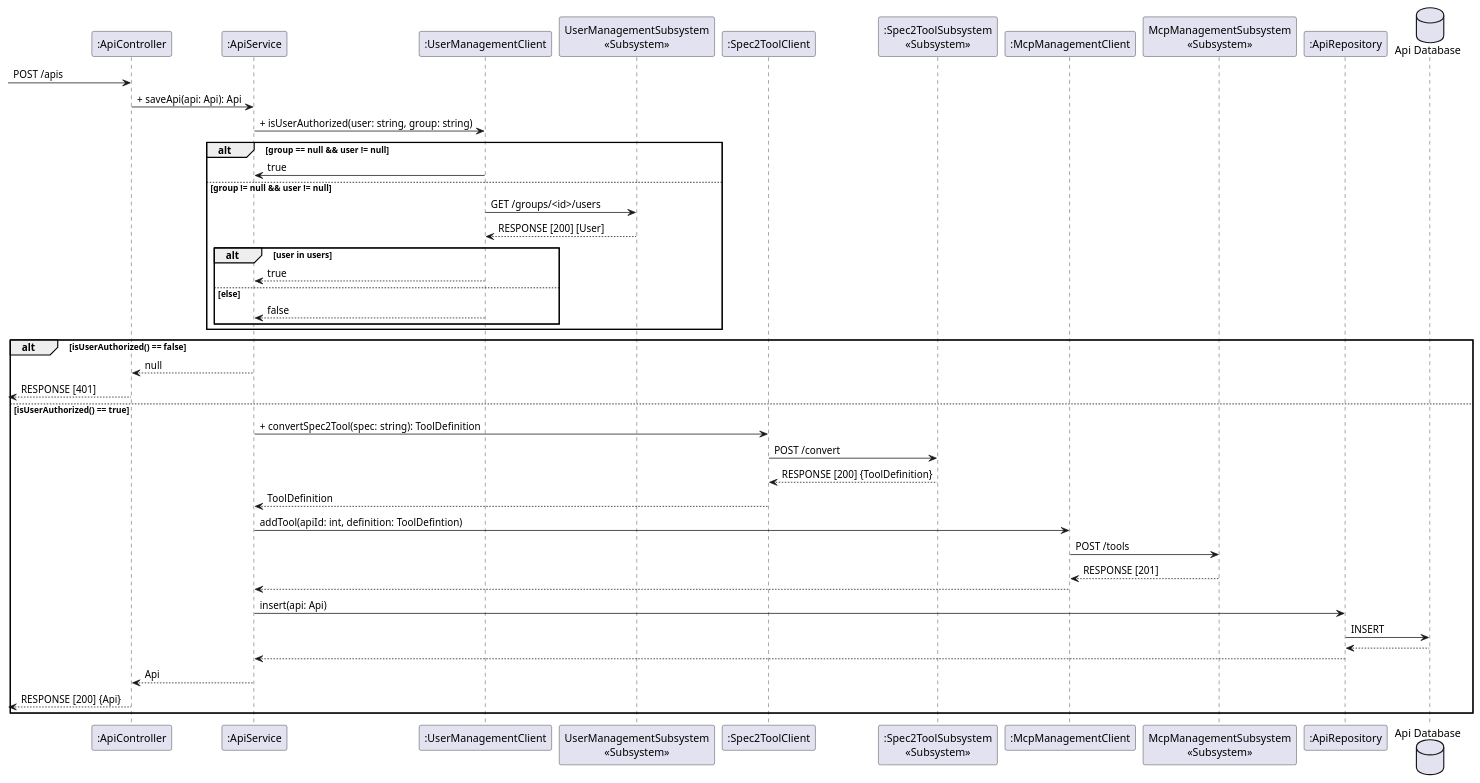
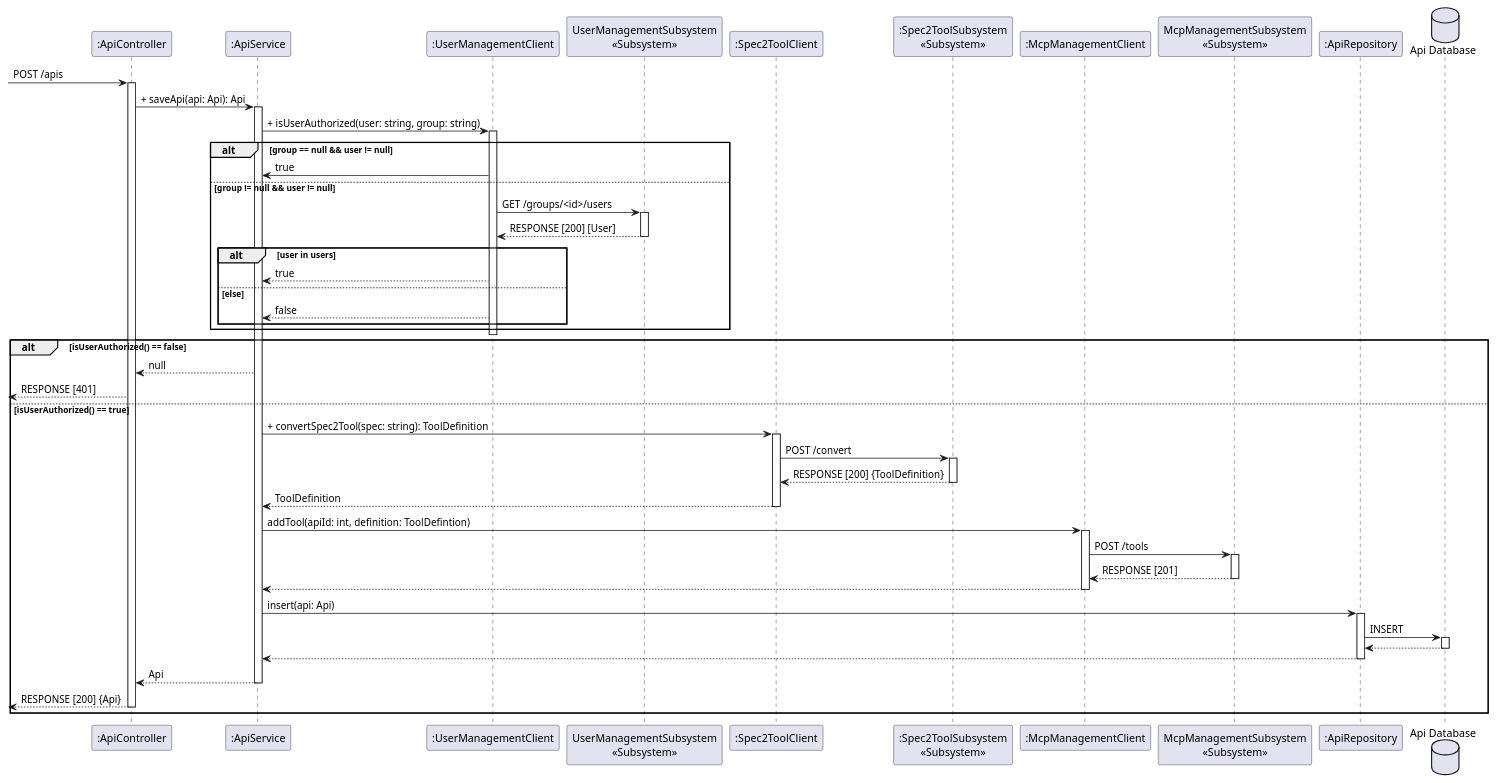
Before and after one commit to GroMoKoSo/GroMoKoSo-Meta: the diagram in docs/diagrams/runtime/api_management/api_post_api.puml, drawn with PlantUML. The commit also changed 1 other file, not shown here.

```diff
--- a/docs/diagrams/runtime/api_management/api_post_api.puml
+++ b/docs/diagrams/runtime/api_management/api_post_api.puml
@@ -1,51 +1,71 @@
 @startuml
 participant api_controller as ":ApiController"
 participant api_service as ":ApiService"
 participant user_management_client as ":UserManagementClient"
 participant user_management_subsystem as "UserManagementSubsystem\n«Subsystem»"
 participant spec2tool_client as ":Spec2ToolClient"
 participant spec2tool_subsystem as ":Spec2ToolSubsystem\n«Subsystem»"
 participant mcp_management_client as ":McpManagementClient"
 participant mcp_management_subsystem as "McpManagementSubsystem\n«Subsystem»"
 participant api_repository as ":ApiRepository"
 database api_database as "Api Database"
 
 -> api_controller: POST /apis
+activate api_controller
 api_controller -> api_service : + saveApi(api: Api): Api
+activate api_service
 api_service -> user_management_client: + isUserAuthorized(user: string, group: string)
+activate user_management_client
 
 alt group == null && user != null
     user_management_client -> api_service : true
 else group != null && user != null
     user_management_client -> user_management_subsystem : GET /groups/<id>/users
+    activate user_management_subsystem
     user_management_client <-- user_management_subsystem : RESPONSE [200] [User]
+    deactivate user_management_subsystem
     alt user in users
         api_service <-- user_management_client : true
     else else
         api_service <-- user_management_client : false
     end
 end
+deactivate user_management_client
 
 alt isUserAuthorized() == false
     api_controller <-- api_service : null
     <-- api_controller : RESPONSE [401]
 else isUserAuthorized() == true
     api_service -> spec2tool_client : + convertSpec2Tool(spec: string): ToolDefinition
+    activate spec2tool_client
     spec2tool_client -> spec2tool_subsystem : POST /convert
+    activate spec2tool_subsystem
     spec2tool_client <-- spec2tool_subsystem : RESPONSE [200] {ToolDefinition}
+    deactivate spec2tool_subsystem
     api_service <-- spec2tool_client : ToolDefinition
+    deactivate spec2tool_client
 
     api_service -> mcp_management_client : addTool(apiId: int, definition: ToolDefintion)
+    activate mcp_management_client
     mcp_management_client -> mcp_management_subsystem : POST /tools
+    activate mcp_management_subsystem
     mcp_management_client <-- mcp_management_subsystem : RESPONSE [201]
+    deactivate mcp_management_subsystem
     api_service <-- mcp_management_client
+    deactivate mcp_management_client
 
     api_service -> api_repository : insert(api: Api)
+    activate api_repository
     api_repository -> api_database : INSERT
+    activate api_database
     api_repository <-- api_database
+    deactivate api_database
     api_service <-- api_repository
+    deactivate api_repository
     api_controller <-- api_service : Api
+    deactivate api_service
     <-- api_controller : RESPONSE [200] {Api}
+    deactivate api_controller
 end
 
 @enduml
```
